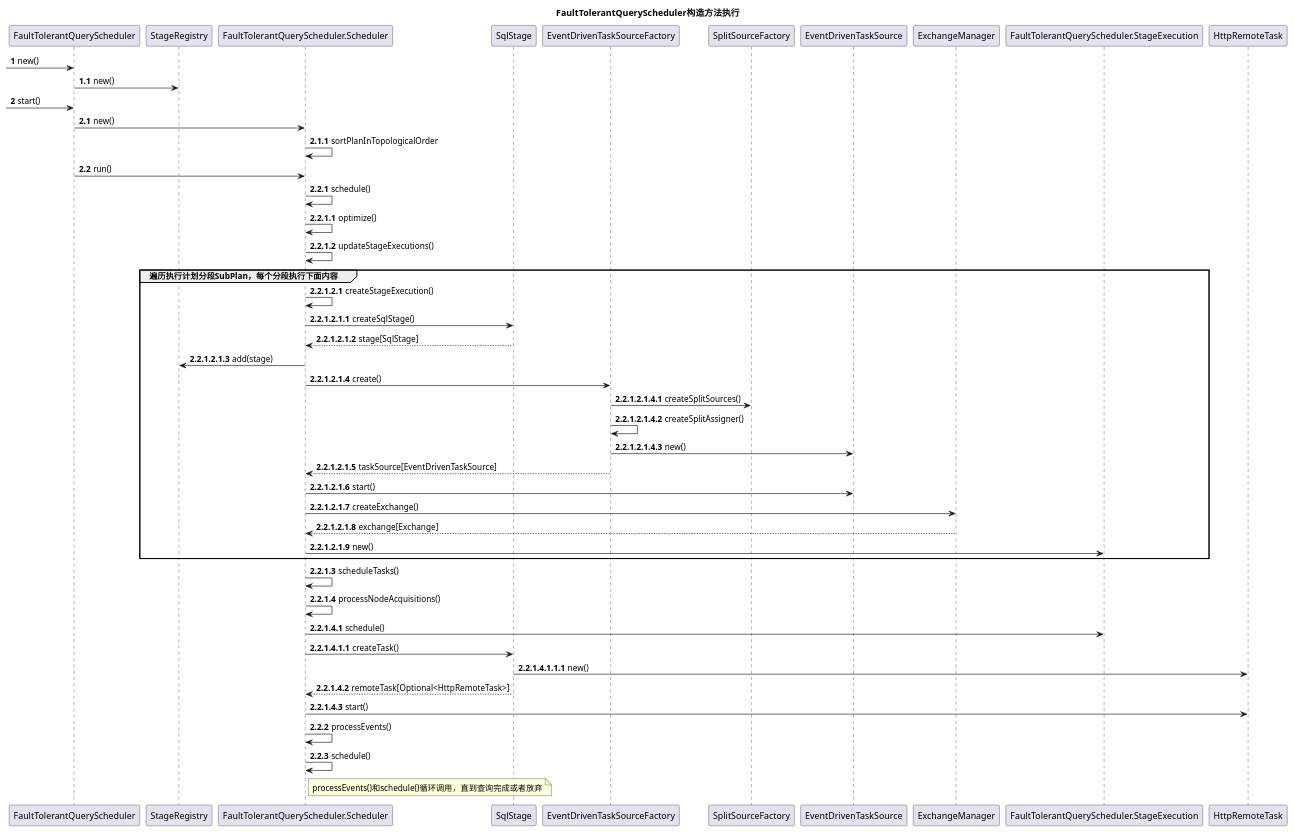
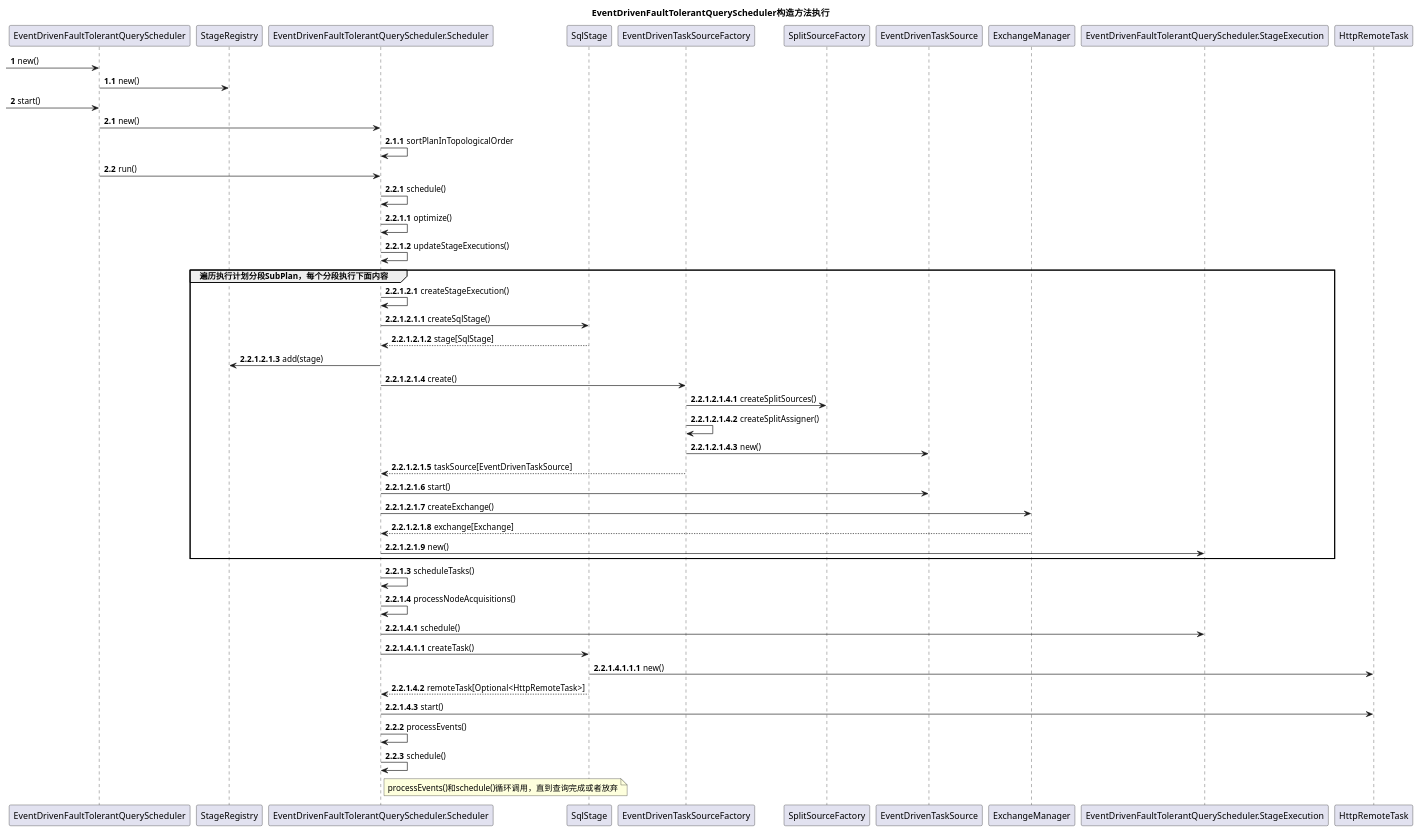
One commit to pyh8023/study changed the diagram in trino/uml/EventDrivenFaultTolerantQueryScheduler405.puml. Above: the diagram before and after it, drawn with PlantUML. The commit also changed 2 other files, not shown here.

```diff
--- a/trino/uml/EventDrivenFaultTolerantQueryScheduler405.puml
+++ b/trino/uml/EventDrivenFaultTolerantQueryScheduler405.puml
@@ -1,58 +1,58 @@
 @startuml
-title FaultTolerantQueryScheduler构造方法执行
+title EventDrivenFaultTolerantQueryScheduler构造方法执行
 autonumber
--> FaultTolerantQueryScheduler: new()
+-> EventDrivenFaultTolerantQueryScheduler: new()
 autonumber 1.1
-FaultTolerantQueryScheduler -> StageRegistry: new()
+EventDrivenFaultTolerantQueryScheduler -> StageRegistry: new()
 
 autonumber 2
--> FaultTolerantQueryScheduler: start()
+-> EventDrivenFaultTolerantQueryScheduler: start()
 autonumber 2.1
-FaultTolerantQueryScheduler -> FaultTolerantQueryScheduler.Scheduler : new()
+EventDrivenFaultTolerantQueryScheduler -> EventDrivenFaultTolerantQueryScheduler.Scheduler : new()
 autonumber 2.1.1
-FaultTolerantQueryScheduler.Scheduler -> FaultTolerantQueryScheduler.Scheduler : sortPlanInTopologicalOrder
+EventDrivenFaultTolerantQueryScheduler.Scheduler -> EventDrivenFaultTolerantQueryScheduler.Scheduler : sortPlanInTopologicalOrder
 autonumber 2.2
-FaultTolerantQueryScheduler -> FaultTolerantQueryScheduler.Scheduler : run()
+EventDrivenFaultTolerantQueryScheduler -> EventDrivenFaultTolerantQueryScheduler.Scheduler : run()
 autonumber 2.2.1
-FaultTolerantQueryScheduler.Scheduler -> FaultTolerantQueryScheduler.Scheduler : schedule()
+EventDrivenFaultTolerantQueryScheduler.Scheduler -> EventDrivenFaultTolerantQueryScheduler.Scheduler : schedule()
 autonumber 2.2.1.1
-FaultTolerantQueryScheduler.Scheduler -> FaultTolerantQueryScheduler.Scheduler : optimize()
-FaultTolerantQueryScheduler.Scheduler -> FaultTolerantQueryScheduler.Scheduler : updateStageExecutions()
+EventDrivenFaultTolerantQueryScheduler.Scheduler -> EventDrivenFaultTolerantQueryScheduler.Scheduler : optimize()
+EventDrivenFaultTolerantQueryScheduler.Scheduler -> EventDrivenFaultTolerantQueryScheduler.Scheduler : updateStageExecutions()
 autonumber 2.2.1.2.1
 group 遍历执行计划分段SubPlan，每个分段执行下面内容
-    FaultTolerantQueryScheduler.Scheduler -> FaultTolerantQueryScheduler.Scheduler : createStageExecution()
+    EventDrivenFaultTolerantQueryScheduler.Scheduler -> EventDrivenFaultTolerantQueryScheduler.Scheduler : createStageExecution()
     autonumber 2.2.1.2.1.1
-    FaultTolerantQueryScheduler.Scheduler -> SqlStage : createSqlStage()
-    FaultTolerantQueryScheduler.Scheduler <-- SqlStage : stage[SqlStage]
-    FaultTolerantQueryScheduler.Scheduler -> StageRegistry : add(stage)
-    FaultTolerantQueryScheduler.Scheduler -> EventDrivenTaskSourceFactory : create()
+    EventDrivenFaultTolerantQueryScheduler.Scheduler -> SqlStage : createSqlStage()
+    EventDrivenFaultTolerantQueryScheduler.Scheduler <-- SqlStage : stage[SqlStage]
+    EventDrivenFaultTolerantQueryScheduler.Scheduler -> StageRegistry : add(stage)
+    EventDrivenFaultTolerantQueryScheduler.Scheduler -> EventDrivenTaskSourceFactory : create()
     autonumber 2.2.1.2.1.4.1
     EventDrivenTaskSourceFactory -> SplitSourceFactory : createSplitSources()
     EventDrivenTaskSourceFactory -> EventDrivenTaskSourceFactory : createSplitAssigner()
     EventDrivenTaskSourceFactory -> EventDrivenTaskSource : new()
     autonumber 2.2.1.2.1.5
-    EventDrivenTaskSourceFactory --> FaultTolerantQueryScheduler.Scheduler : taskSource[EventDrivenTaskSource]
-    FaultTolerantQueryScheduler.Scheduler -> EventDrivenTaskSource : start()
-    FaultTolerantQueryScheduler.Scheduler -> ExchangeManager : createExchange()
-    FaultTolerantQueryScheduler.Scheduler <-- ExchangeManager : exchange[Exchange]
-    FaultTolerantQueryScheduler.Scheduler -> FaultTolerantQueryScheduler.StageExecution : new()
+    EventDrivenTaskSourceFactory --> EventDrivenFaultTolerantQueryScheduler.Scheduler : taskSource[EventDrivenTaskSource]
+    EventDrivenFaultTolerantQueryScheduler.Scheduler -> EventDrivenTaskSource : start()
+    EventDrivenFaultTolerantQueryScheduler.Scheduler -> ExchangeManager : createExchange()
+    EventDrivenFaultTolerantQueryScheduler.Scheduler <-- ExchangeManager : exchange[Exchange]
+    EventDrivenFaultTolerantQueryScheduler.Scheduler -> EventDrivenFaultTolerantQueryScheduler.StageExecution : new()
 end
 autonumber 2.2.1.3
-FaultTolerantQueryScheduler.Scheduler -> FaultTolerantQueryScheduler.Scheduler : scheduleTasks()
-FaultTolerantQueryScheduler.Scheduler -> FaultTolerantQueryScheduler.Scheduler : processNodeAcquisitions()
+EventDrivenFaultTolerantQueryScheduler.Scheduler -> EventDrivenFaultTolerantQueryScheduler.Scheduler : scheduleTasks()
+EventDrivenFaultTolerantQueryScheduler.Scheduler -> EventDrivenFaultTolerantQueryScheduler.Scheduler : processNodeAcquisitions()
 autonumber 2.2.1.4.1
-FaultTolerantQueryScheduler.Scheduler -> FaultTolerantQueryScheduler.StageExecution : schedule()
+EventDrivenFaultTolerantQueryScheduler.Scheduler -> EventDrivenFaultTolerantQueryScheduler.StageExecution : schedule()
 autonumber 2.2.1.4.1.1
-FaultTolerantQueryScheduler.Scheduler -> SqlStage : createTask()
+EventDrivenFaultTolerantQueryScheduler.Scheduler -> SqlStage : createTask()
 autonumber 2.2.1.4.1.1.1
 SqlStage -> HttpRemoteTask : new()
 autonumber 2.2.1.4.2
-FaultTolerantQueryScheduler.Scheduler <-- SqlStage : remoteTask[Optional<HttpRemoteTask>]
-FaultTolerantQueryScheduler.Scheduler -> HttpRemoteTask : start()
+EventDrivenFaultTolerantQueryScheduler.Scheduler <-- SqlStage : remoteTask[Optional<HttpRemoteTask>]
+EventDrivenFaultTolerantQueryScheduler.Scheduler -> HttpRemoteTask : start()
 autonumber 2.2.2
-FaultTolerantQueryScheduler.Scheduler -> FaultTolerantQueryScheduler.Scheduler : processEvents()
-FaultTolerantQueryScheduler.Scheduler -> FaultTolerantQueryScheduler.Scheduler : schedule()
-note right of FaultTolerantQueryScheduler.Scheduler
+EventDrivenFaultTolerantQueryScheduler.Scheduler -> EventDrivenFaultTolerantQueryScheduler.Scheduler : processEvents()
+EventDrivenFaultTolerantQueryScheduler.Scheduler -> EventDrivenFaultTolerantQueryScheduler.Scheduler : schedule()
+note right of EventDrivenFaultTolerantQueryScheduler.Scheduler
 processEvents()和schedule()循环调用，直到查询完成或者放弃
 end note
 @enduml
```
